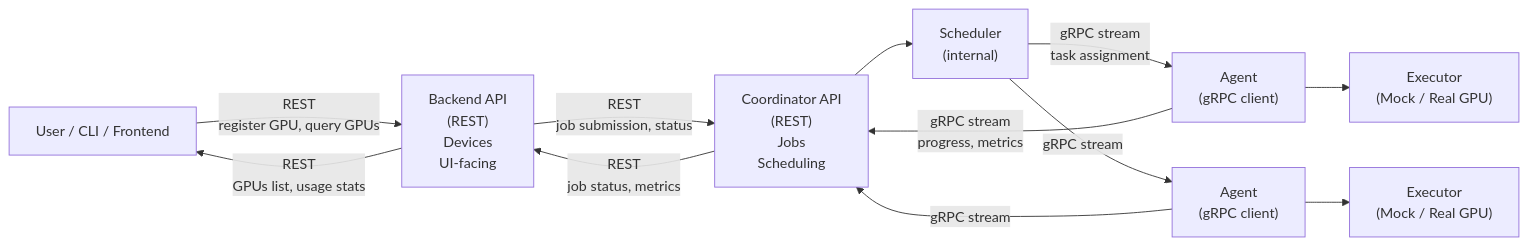
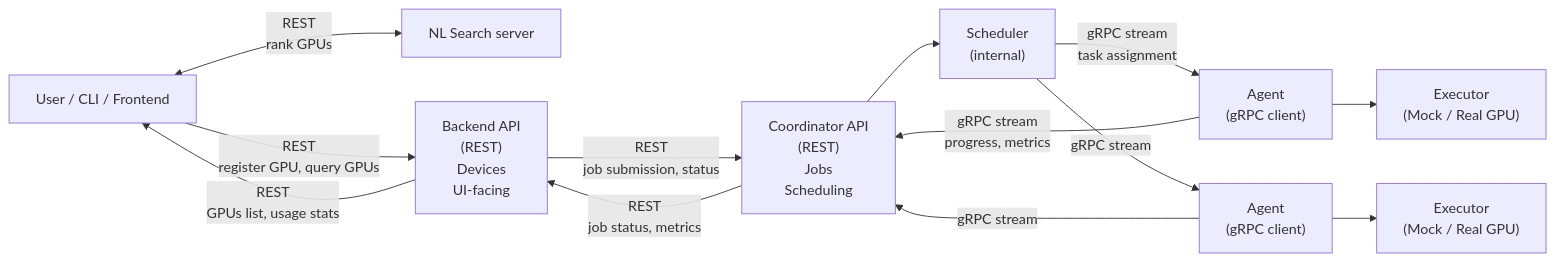
The diagram in README.md (kamil7430/gpu-share), drawn with Mermaid before and after one commit. The commit also changed other lines of this file, not shown here.

Commit message:
Add search description to readme

````diff
--- a/README.md
+++ b/README.md
@@ -59,34 +59,37 @@
 ```mermaid
 flowchart LR
     User[User / CLI / Frontend]
+
+    Search[NL Search server]
 
     Backend["Backend API<br/>(REST)<br/>Devices<br/>UI-facing"]
 
     Coordinator["Coordinator API<br/>(REST)<br/>Jobs<br/>Scheduling"]
 
     Scheduler["Scheduler<br/>(internal)"]
 
     Agent1["Agent<br/>(gRPC client)"]
     Agent2["Agent<br/>(gRPC client)"]
 
     Executor1["Executor<br/>(Mock / Real GPU)"]
     Executor2["Executor<br/>(Mock / Real GPU)"]
 
     User -->|REST<br/>register GPU, query GPUs| Backend
+    User <-->|REST<br/>rank GPUs| Search
     Backend -->|REST<br/>GPUs list, usage stats| User
 
     Backend -->|REST<br/>job submission, status| Coordinator
 
     Coordinator --> Scheduler
 
     Scheduler -->|gRPC stream<br/>task assignment| Agent1
     Scheduler -->|gRPC stream| Agent2
 
     Agent1 --> Executor1
     Agent2 --> Executor2
 
     Agent1 -->|gRPC stream<br/>progress, metrics| Coordinator
     Agent2 -->|gRPC stream| Coordinator
 
     Coordinator -->|REST<br/>job status, metrics| Backend
 ```
````
